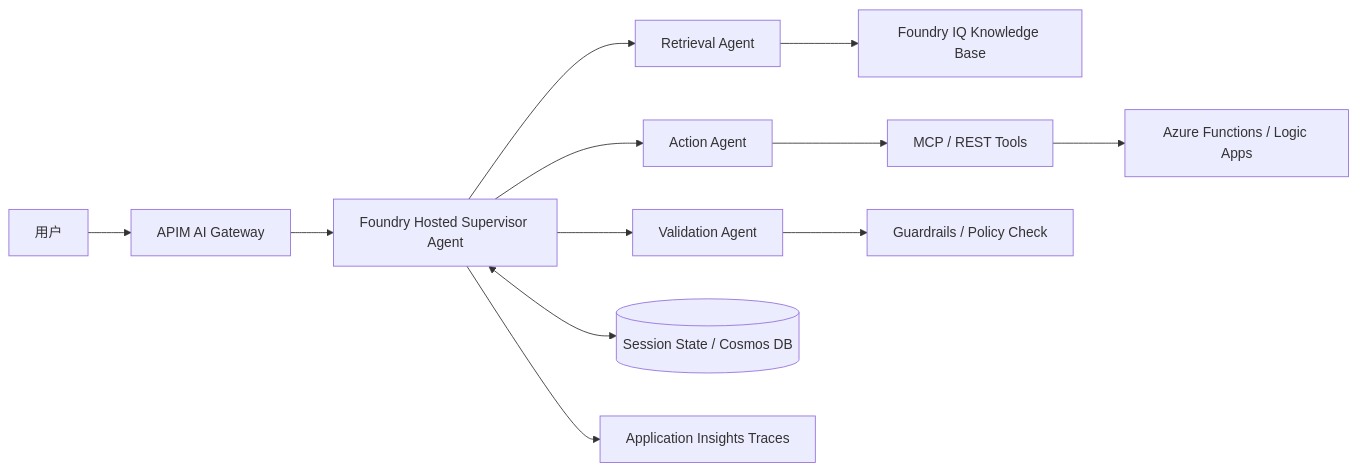
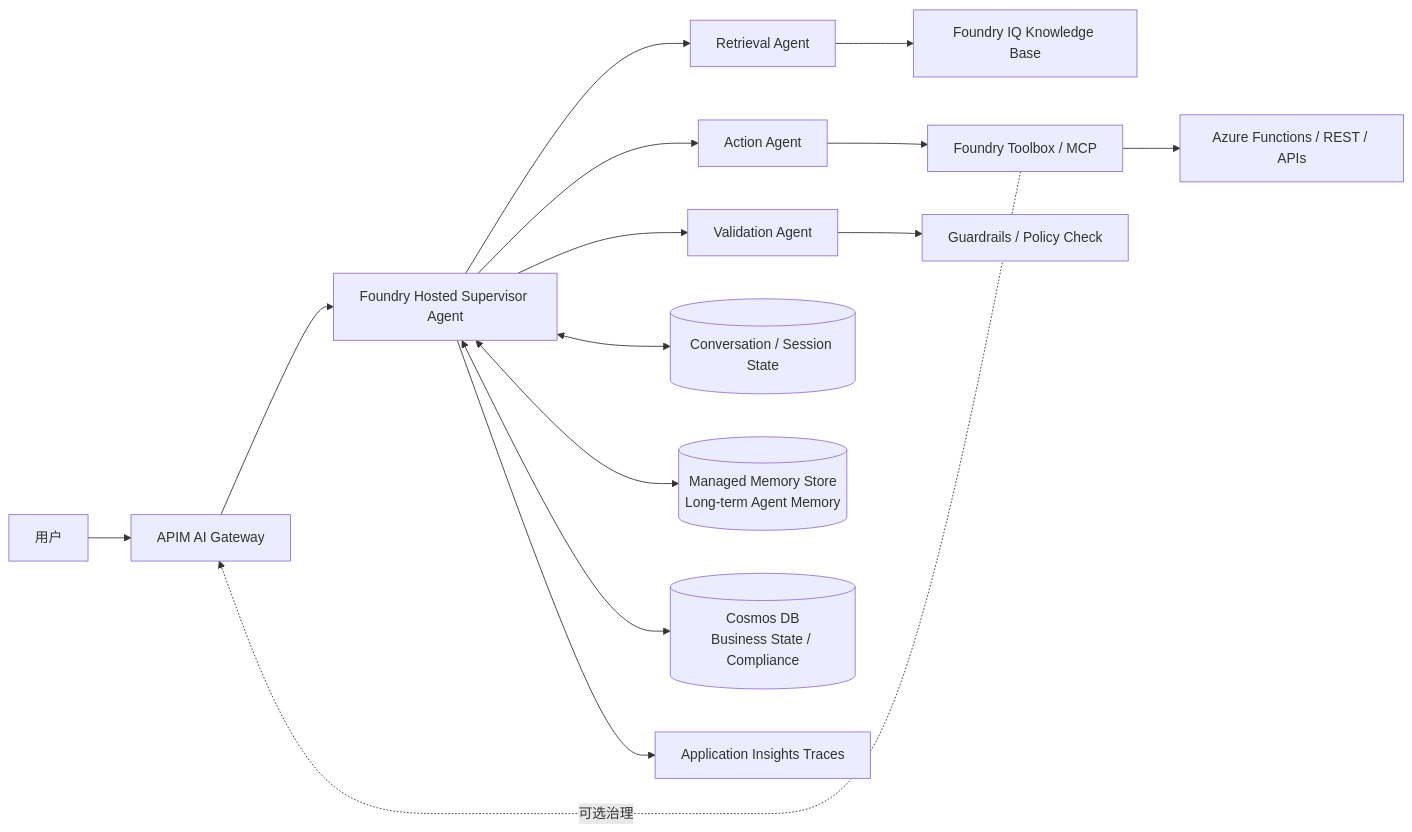
One commit to miku-wwl/certforge changed the diagram in architecture-az/02_Agentic_RAG_与多_Agent.md. Above: the diagram before and after it, drawn with Mermaid. The commit also changed other lines of this file and 29 other files, not shown here.

Commit message:
docs: refine Azure architecture diagrams

````diff
--- a/architecture-az/02_Agentic_RAG_与多_Agent.md
+++ b/architecture-az/02_Agentic_RAG_与多_Agent.md
@@ -13,14 +13,17 @@
 ```mermaid
 flowchart LR
     U[用户] --> APIM[APIM AI Gateway]
     APIM --> S[Foundry Hosted Supervisor Agent]
     S --> R[Retrieval Agent]
     S --> A[Action Agent]
     S --> V[Validation Agent]
     R --> IQ[Foundry IQ Knowledge Base]
-    A --> T[MCP / REST Tools]
-    T --> F[Azure Functions / Logic Apps]
+    A --> TB[Foundry Toolbox / MCP]
+    TB -.可选治理.-> APIM
+    TB --> T[Azure Functions / REST / APIs]
     V --> C[Guardrails / Policy Check]
-    S <--> M[(Session State / Cosmos DB)]
+    S <--> SS[(Conversation / Session State)]
+    S <--> LM[(Managed Memory Store\nLong-term Agent Memory)]
+    S <--> BS[(Cosmos DB\nBusiness State / Compliance)]
     S --> O[Application Insights Traces]
 ```
````
